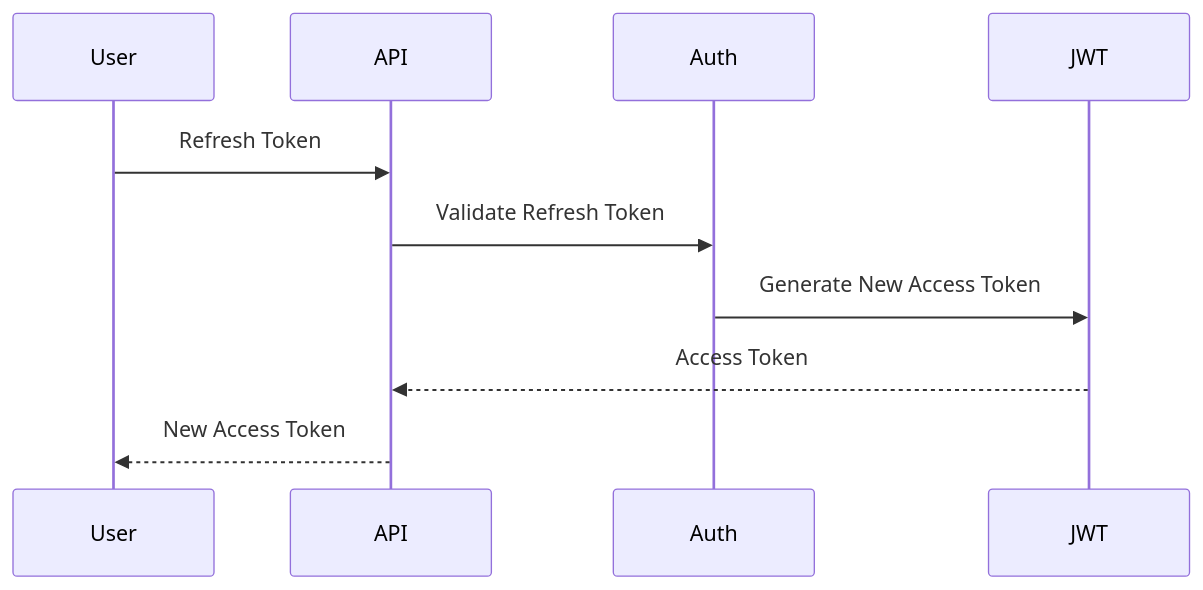
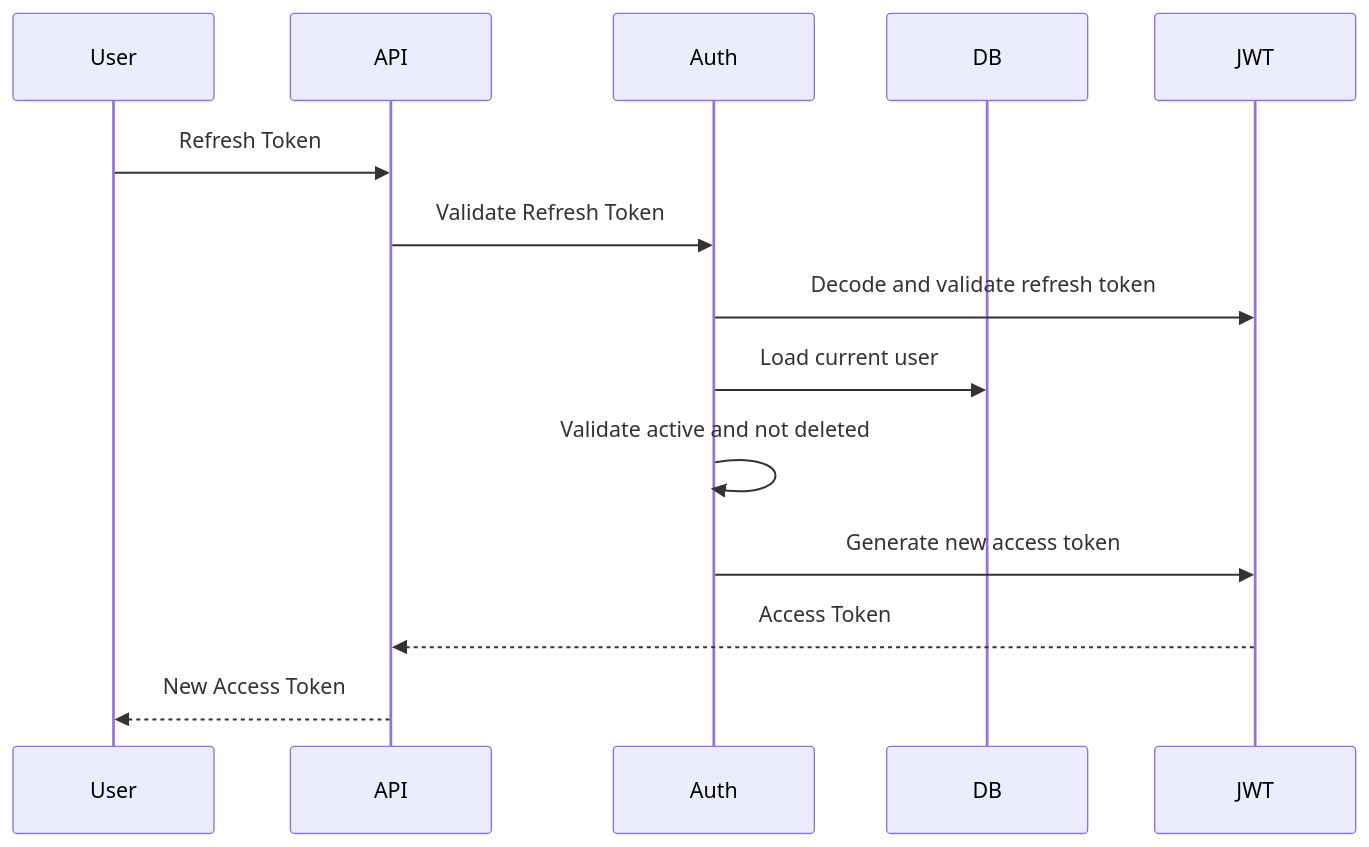
The third of 3 diagrams in architecture/16-authentication_design.md (murali-yandra/personal-finance-platform), drawn with Mermaid before and after one commit. The commit also changed other lines of this file and 8 other files, not shown here.

Commit message:
Update authentication architecture and API docs

````diff
--- a/architecture/16-authentication_design.md
+++ b/architecture/16-authentication_design.md
@@ -760,13 +797,17 @@
 ```mermaid
 sequenceDiagram
     participant User
     participant API
     participant Auth
+    participant DB
     participant JWT
 
     User->>API: Refresh Token
     API->>Auth: Validate Refresh Token
-    Auth->>JWT: Generate New Access Token
+    Auth->>JWT: Decode and validate refresh token
+    Auth->>DB: Load current user
+    Auth->>Auth: Validate active and not deleted
+    Auth->>JWT: Generate new access token
     JWT-->>API: Access Token
     API-->>User: New Access Token
 ```
````
